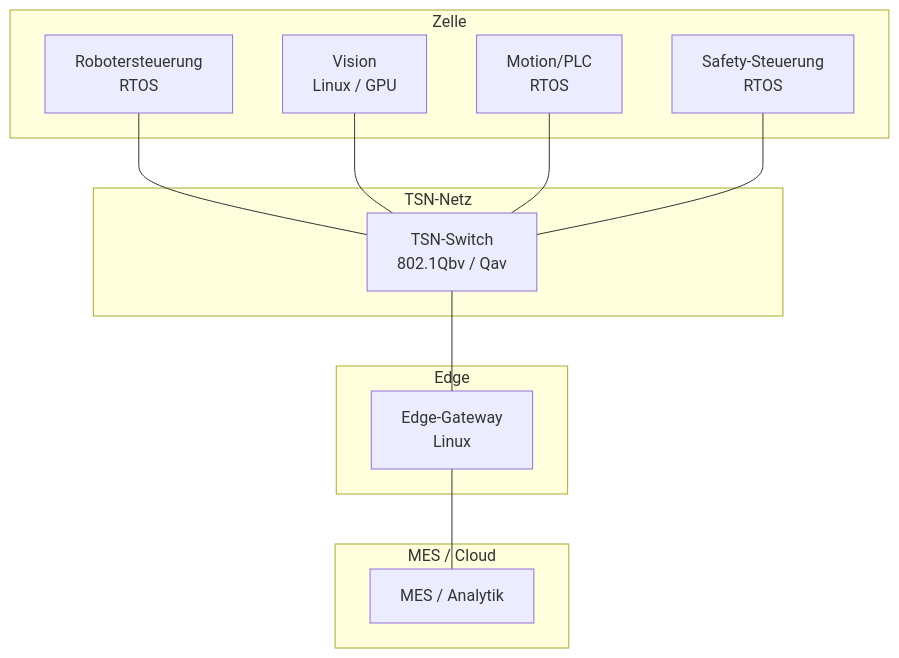
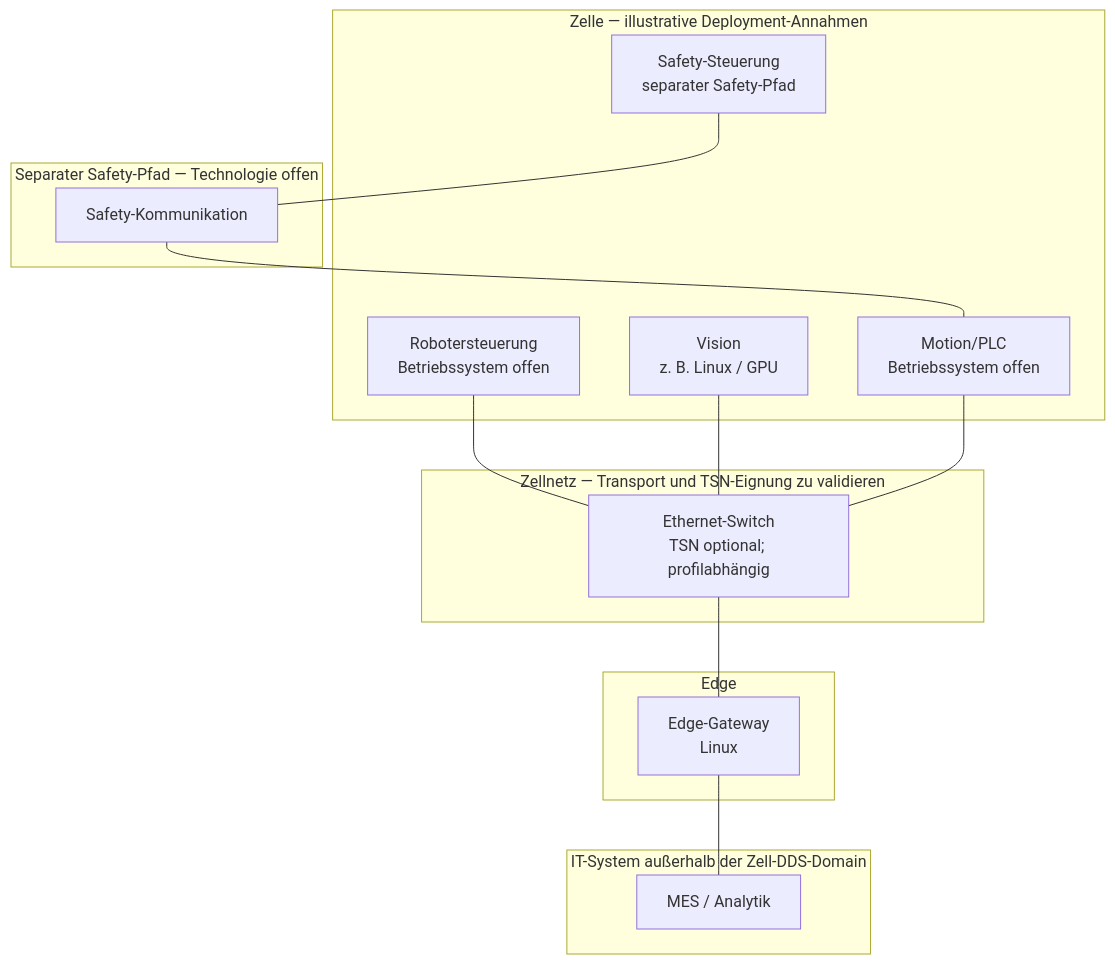
Before and after one commit to CurrentCrafter/Praktikum_DDS: the third of 5 diagrams in 03_architektur/Variante_B_Assembly_Zelle_Architektur_v0.1.md, drawn with Mermaid. The commit also changed other lines of this file and 9 other files, not shown here.

````diff
--- a/03_architektur/Variante_B_Assembly_Zelle_Architektur_v0.1.md
+++ b/03_architektur/Variante_B_Assembly_Zelle_Architektur_v0.1.md
@@ -110,28 +110,32 @@
 ```mermaid
 flowchart TB
-    subgraph CELL["Zelle"]
-        RC["Robotersteuerung<br/>RTOS"]
-        VIS["Vision<br/>Linux / GPU"]
-        MOT["Motion/PLC<br/>RTOS"]
-        SAF["Safety-Steuerung<br/>RTOS"]
+    subgraph CELL["Zelle — illustrative Deployment-Annahmen"]
+        RC["Robotersteuerung<br/>Betriebssystem offen"]
+        VIS["Vision<br/>z. B. Linux / GPU"]
+        MOT["Motion/PLC<br/>Betriebssystem offen"]
+        SAF["Safety-Steuerung<br/>separater Safety-Pfad"]
     end
 
     subgraph EDGE["Edge"]
         EG["Edge-Gateway<br/>Linux"]
     end
 
-    subgraph CLOUD["MES / Cloud"]
+    subgraph SAFE["Separater Safety-Pfad — Technologie offen"]
+        SFN["Safety-Kommunikation"]
+    end
+
+    subgraph IT["IT-System außerhalb der Zell-DDS-Domain"]
         MES["MES / Analytik"]
     end
 
-    subgraph NET["TSN-Netz"]
-        SW["TSN-Switch<br/>802.1Qbv / Qav"]
+    subgraph NET["Zellnetz — Transport und TSN-Eignung zu validieren"]
+        SW["Ethernet-Switch<br/>TSN optional; profilabhängig"]
     end
 
     RC --- SW
     VIS --- SW
     MOT --- SW
-    SAF --- SW
     SW --- EG
     EG --- MES
+    SAF --- SFN --- MOT
 ```
````
